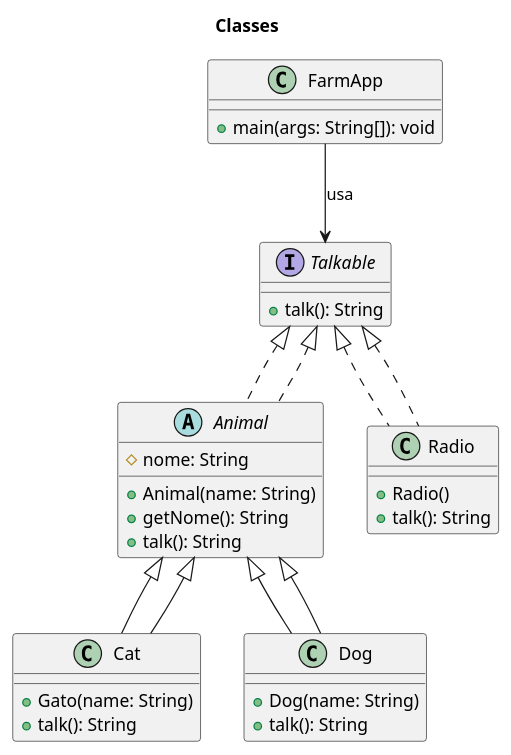
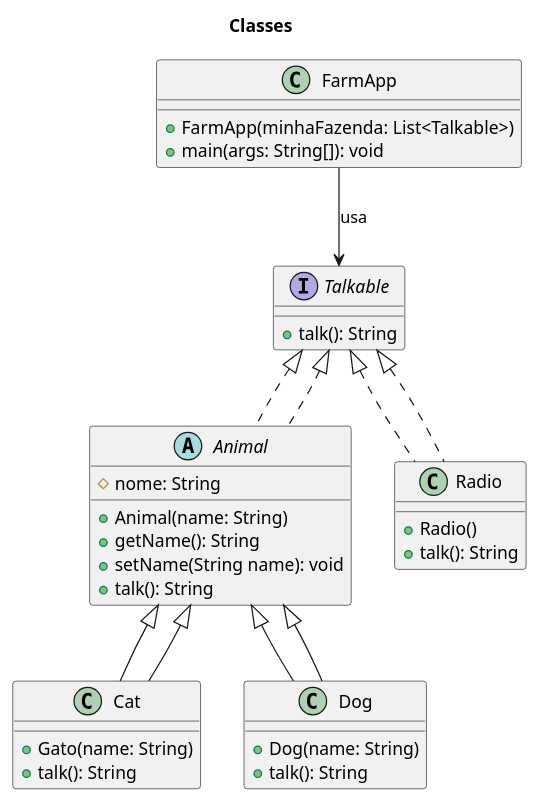
One commit to danielavescia/Start changed the diagram in FarmApp.puml. Above: the diagram before and after it, drawn with PlantUML.

Commit message:
Rename getNome to getName and add constructor FarmApp

```diff
--- a/FarmApp.puml
+++ b/FarmApp.puml
@@ -1,42 +1,44 @@
 @startuml
 
 title Classes 
 
 interface Talkable{
     +talk(): String
 }
 
 abstract class Animal implements Talkable{
     # nome: String
     + Animal(name: String)
-    + getNome(): String
+    + getName(): String
+    + setName(String name): void
     + talk(): String
 }
 
 class Cat extends Animal{
     + Gato(name: String)
     + talk(): String
 }
 
 class Dog extends Animal{
     + Dog(name: String)
     + talk(): String
 }
 
 class Radio implements Talkable{
     + Radio()
     + talk(): String
 }
 
 class FarmApp{
+    + FarmApp(minhaFazenda: List<Talkable>)
     + main(args: String[]): void
 }
 
 ' Relacionamentos
 Animal <|-- Dog
 Animal <|-- Cat
 Talkable <|.. Animal
 Talkable <|.. Radio
 FarmApp --> Talkable : usa
 
 @enduml
```
